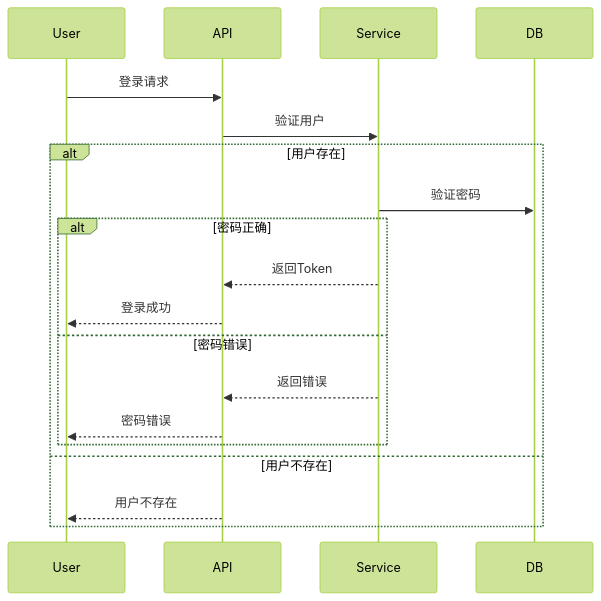
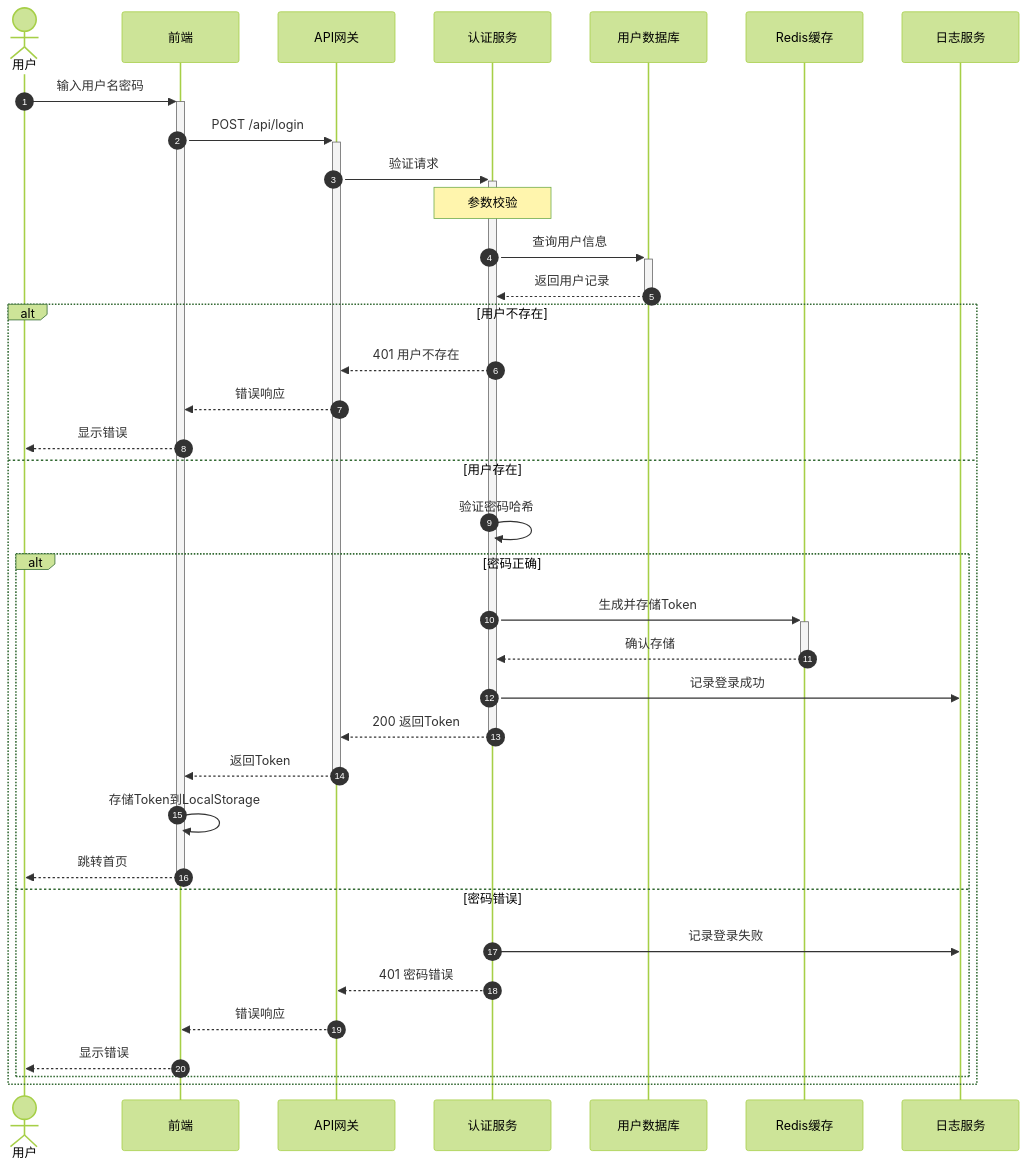
The second of 5 diagrams in skills/programming-architect/references/sequence_diagram.md (zhangxiaojian19926/ai_prompt_for_people), drawn with Mermaid (forest theme) before and after one commit. The commit also changed other lines of this file and 28 other files, not shown here.

````diff
--- a/skills/programming-architect/references/sequence_diagram.md
+++ b/skills/programming-architect/references/sequence_diagram.md
@@ -43,17 +57,43 @@
 ```mermaid
 sequenceDiagram
-    User->>API: 登录请求
-    API->>Service: 验证用户
-    alt 用户存在
-        Service->>DB: 验证密码
+    autonumber
+    actor User as 用户
+    participant Web as 前端
+    participant Gateway as API网关
+    participant Auth as 认证服务
+    participant User_DB as 用户数据库
+    participant Redis as Redis缓存
+    participant Log as 日志服务
+
+    User->>+Web: 输入用户名密码
+    Web->>+Gateway: POST /api/login
+    Gateway->>+Auth: 验证请求
+
+    Note over Auth: 参数校验
+
+    Auth->>+User_DB: 查询用户信息
+    User_DB-->>-Auth: 返回用户记录
+
+    alt 用户不存在
+        Auth-->>Gateway: 401 用户不存在
+        Gateway-->>Web: 错误响应
+        Web-->>User: 显示错误
+    else 用户存在
+        Auth->>Auth: 验证密码哈希
+
         alt 密码正确
-            Service-->>API: 返回Token
-            API-->>User: 登录成功
+            Auth->>+Redis: 生成并存储Token
+            Redis-->>-Auth: 确认存储
+            Auth->>Log: 记录登录成功
+            Auth-->>-Gateway: 200 返回Token
+            Gateway-->>-Web: 返回Token
+            Web->>Web: 存储Token到LocalStorage
+            Web-->>-User: 跳转首页
         else 密码错误
-            Service-->>API: 返回错误
-            API-->>User: 密码错误
+            Auth->>Log: 记录登录失败
+            Auth-->>Gateway: 401 密码错误
+            Gateway-->>Web: 错误响应
+            Web-->>User: 显示错误
         end
-    else 用户不存在
-        API-->>User: 用户不存在
     end
 ```
````
